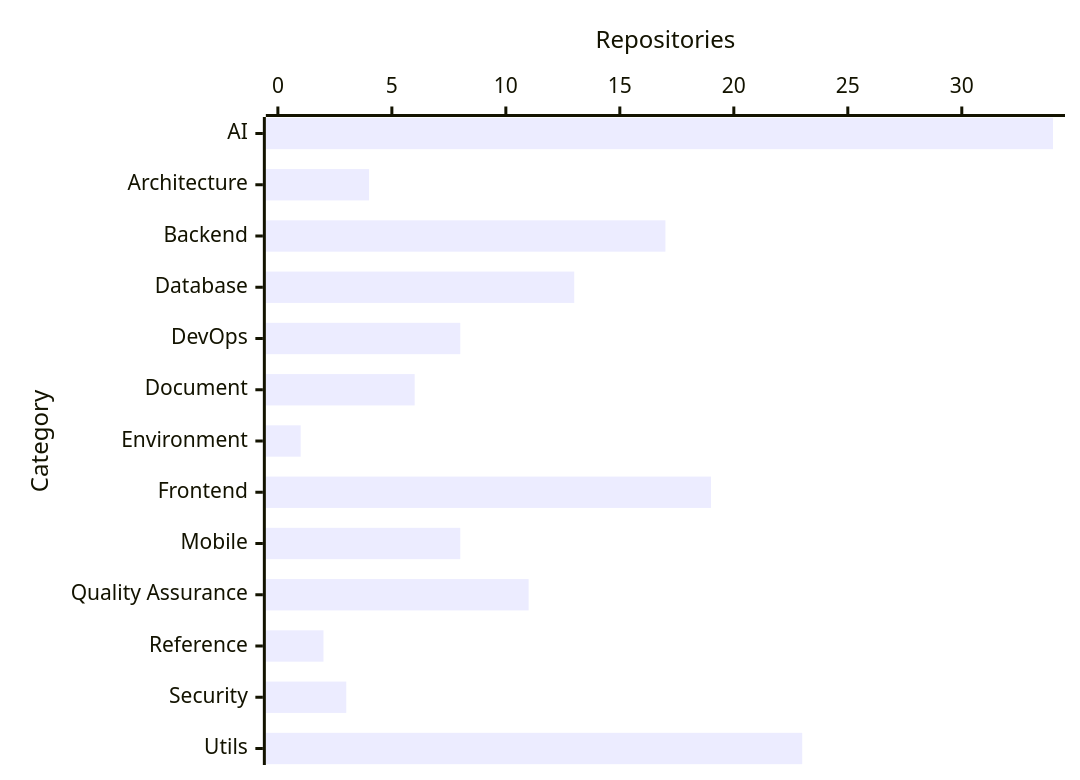
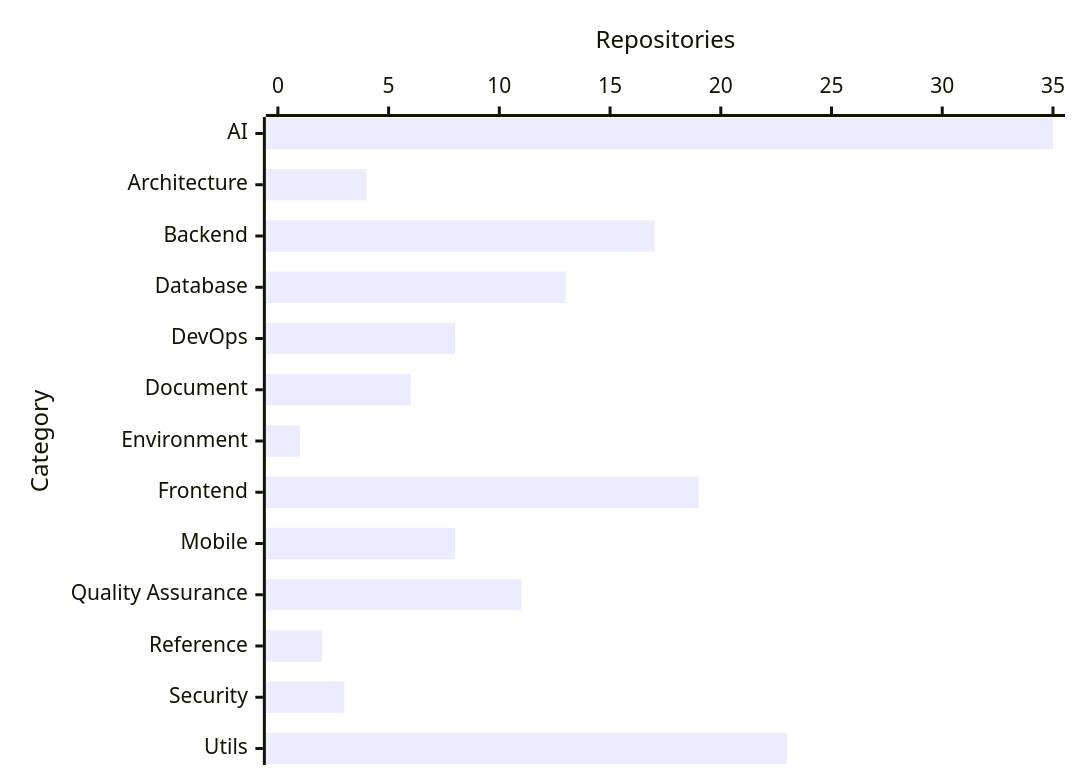
One commit to prawee/resource changed the diagram in README.md. Above: the diagram before and after it, drawn with Mermaid. The commit also changed other lines of this file, not shown here.

````diff
--- a/README.md
+++ b/README.md
@@ -11,6 +11,6 @@
 ```mermaid
 xychart-beta horizontal
     x-axis "Category" ["AI", "Architecture", "Backend", "Database", "DevOps", "Document", "Environment", "Frontend", "Mobile", "Quality Assurance", "Reference", "Security", "Utils"]
-    y-axis "Repositories" 0 --> 34
-    bar [34, 4, 17, 13, 8, 6, 1, 19, 8, 11, 2, 3, 23]
+    y-axis "Repositories" 0 --> 35
+    bar [35, 4, 17, 13, 8, 6, 1, 19, 8, 11, 2, 3, 23]
 ```
````
